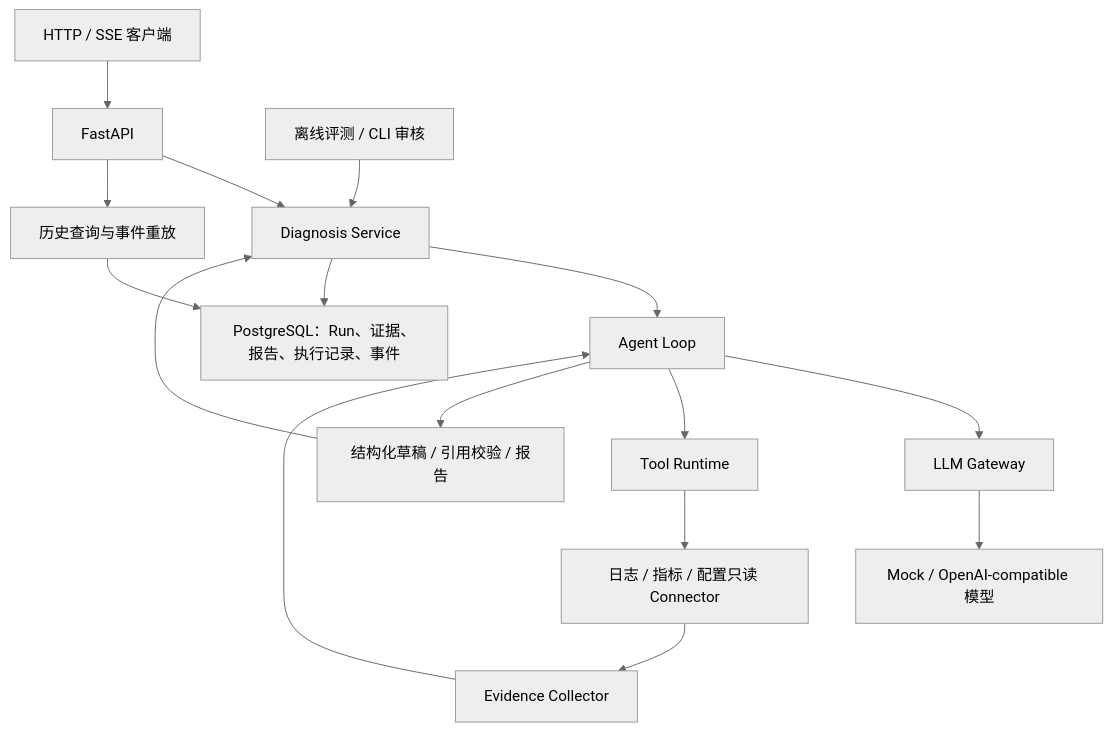
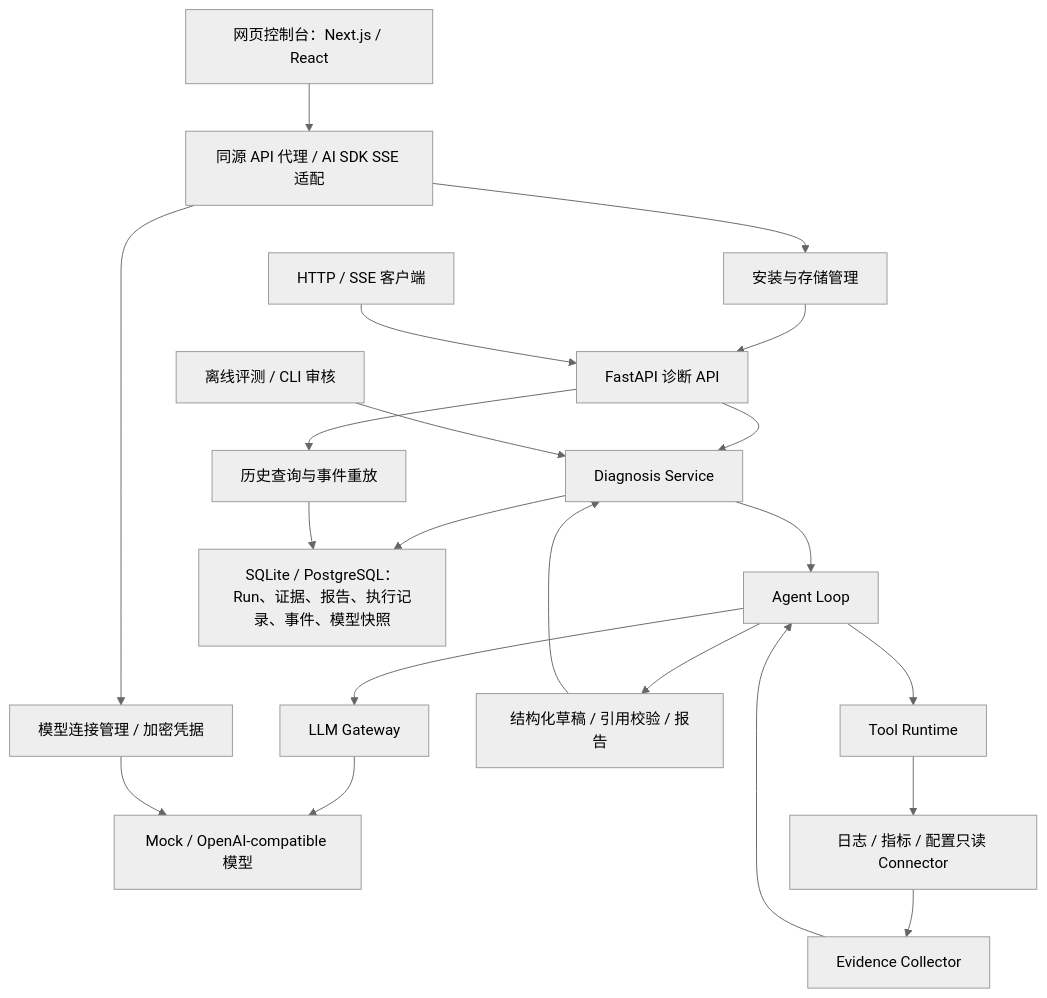
Before and after one commit to Rrrayy/EvidenceOps: the diagram in README.zh-CN.md, drawn with Mermaid (neutral theme). The commit also changed other lines of this file and 1 other file, not shown here.

````diff
--- a/README.zh-CN.md
+++ b/README.zh-CN.md
@@ -29,18 +32,23 @@
 ```mermaid
 flowchart TD
-    Client["HTTP / SSE 客户端"] --> API["FastAPI"]
+    Browser["网页控制台：Next.js / React"] --> Proxy["同源 API 代理 / AI SDK SSE 适配"]
+    Proxy --> Install["安装与存储管理"]
+    Install --> API["FastAPI 诊断 API"]
+    Client["HTTP / SSE 客户端"] --> API
     API --> Service["Diagnosis Service"]
     Service --> Loop["Agent Loop"]
     Loop --> Gateway["LLM Gateway"]
     Gateway --> Provider["Mock / OpenAI-compatible 模型"]
     Loop --> Runtime["Tool Runtime"]
     Runtime --> Sources["日志 / 指标 / 配置只读 Connector"]
     Sources --> Evidence["Evidence Collector"]
     Evidence --> Loop
     Loop --> Report["结构化草稿 / 引用校验 / 报告"]
     Report --> Service
-    Service --> Store["PostgreSQL：Run、证据、报告、执行记录、事件"]
+    Service --> Store["SQLite / PostgreSQL：Run、证据、报告、执行记录、事件、模型快照"]
     API --> History["历史查询与事件重放"]
     History --> Store
+    Proxy --> Connections["模型连接管理 / 加密凭据"]
+    Connections --> Provider
     Eval["离线评测 / CLI 审核"] --> Service
 ```
````
